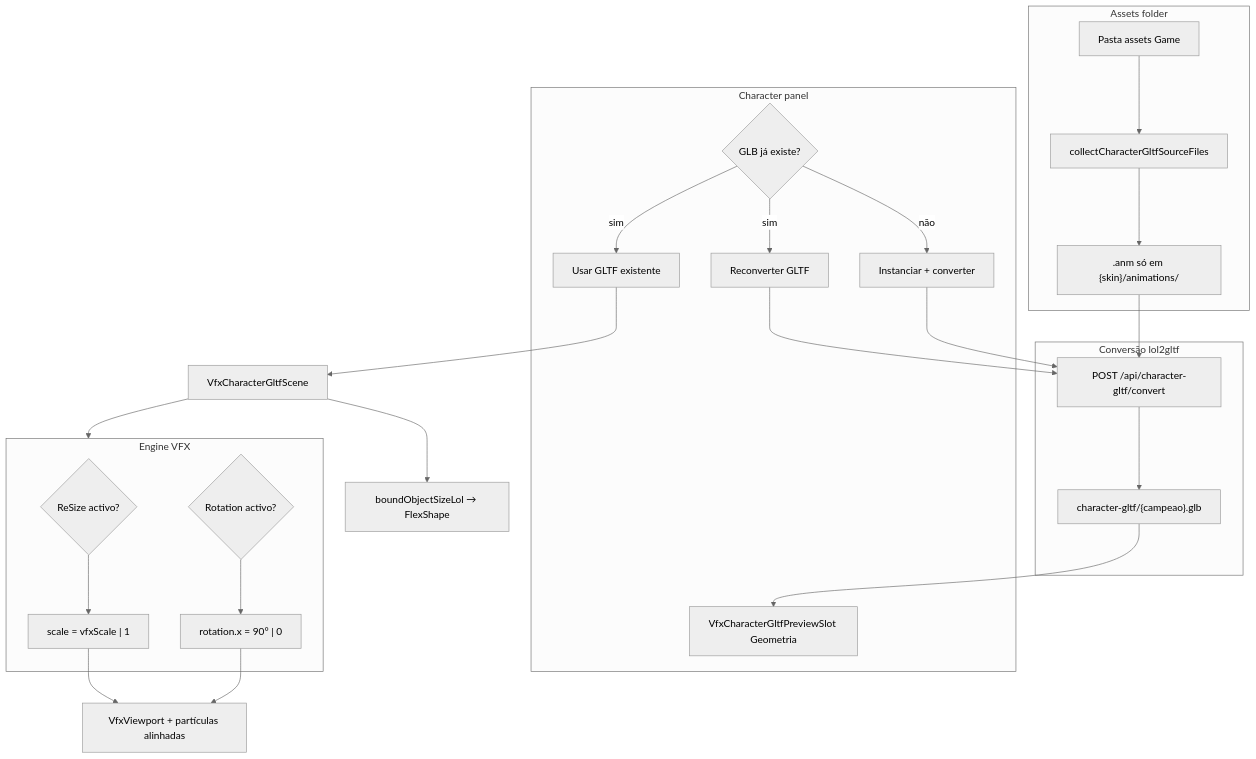
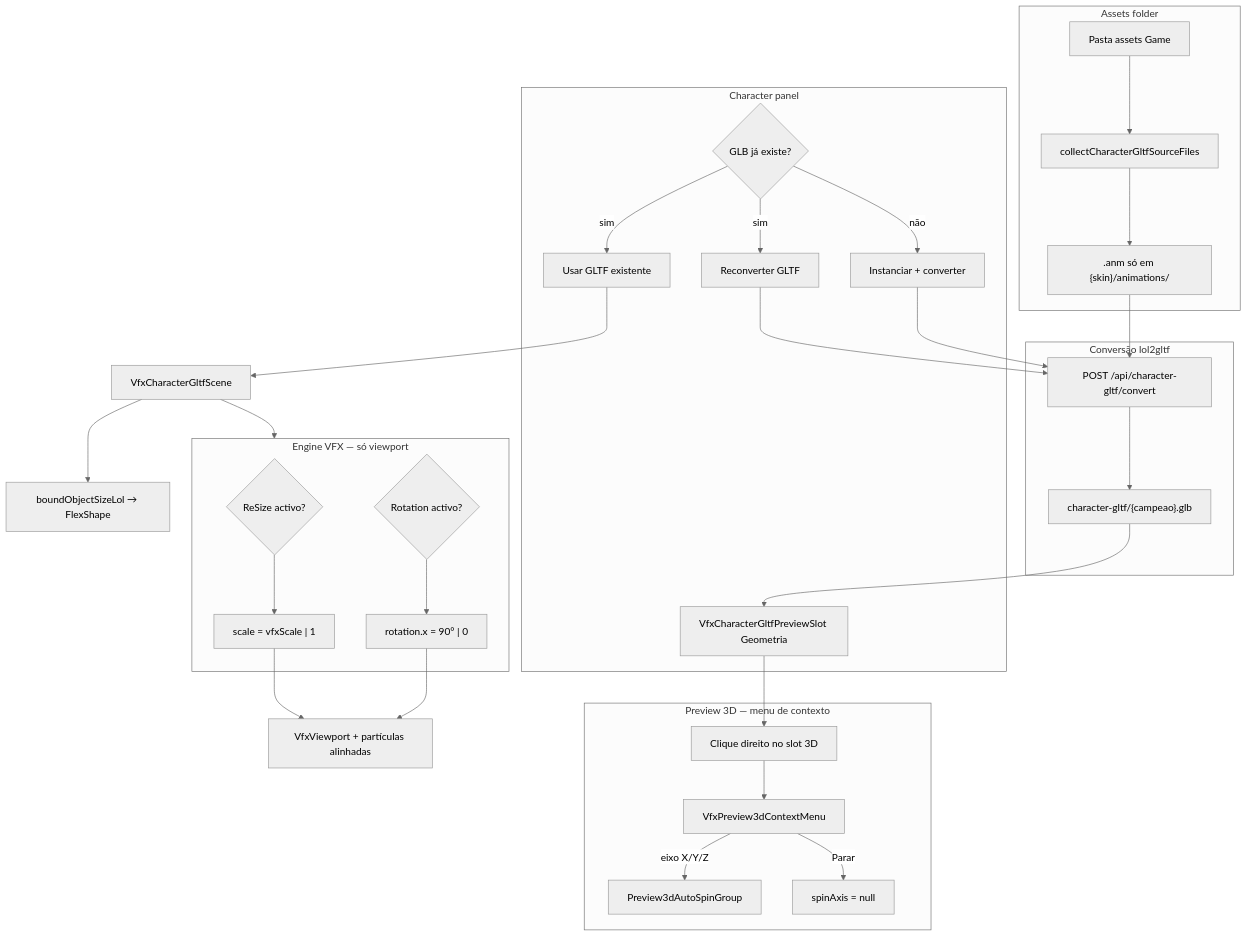
The first of 2 diagrams in feature_md/feature/feature-vfx-character-gltf-engine.md (JunioCesar96/Node-Graphs-League-of-Legends), drawn with Mermaid (neutral theme) before and after one commit. The commit also changed other lines of this file and 14 other files, not shown here.

Commit message:
feat(vfx): add 3D preview context menu with axis spin and update character docs.

````diff
--- a/feature_md/feature/feature-vfx-character-gltf-engine.md
+++ b/feature_md/feature/feature-vfx-character-gltf-engine.md
@@ -33,44 +33,54 @@
 ```mermaid
 flowchart TD
   subgraph assets [Assets folder]
     Pick[Pasta assets Game]
     Collect[collectCharacterGltfSourceFiles]
     AnimsOnly[".anm só em {skin}/animations/"]
     Pick --> Collect --> AnimsOnly
   end
 
   subgraph convert [Conversão lol2gltf]
     API["POST /api/character-gltf/convert"]
     GLB["character-gltf/{campeao}.glb"]
     AnimsOnly --> API --> GLB
   end
 
   subgraph panel [Character panel]
     Preview[VfxCharacterGltfPreviewSlot Geometria]
     Inst{GLB já existe?}
     UseExist[Usar GLTF existente]
     Reconvert[Reconverter GLTF]
     NewConv[Instanciar + converter]
     Inst -->|sim| UseExist
     Inst -->|sim| Reconvert
     Inst -->|não| NewConv
   end
 
-  subgraph engine [Engine VFX]
+  subgraph preview3d [Preview 3D — menu de contexto]
+    RMB[Clique direito no slot 3D]
+    Menu[VfxPreview3dContextMenu]
+    Spin[Preview3dAutoSpinGroup]
+    RMB --> Menu
+    Menu -->|eixo X/Y/Z| Spin
+    Menu -->|Parar| Stop[spinAxis = null]
+  end
+
+  subgraph engine [Engine VFX — só viewport]
     ResizeOn{ReSize activo?}
     RotOn{Rotation activo?}
     Scale["scale = vfxScale | 1"]
     Rot["rotation.x = 90° | 0"]
     ResizeOn --> Scale
     RotOn --> Rot
   end
 
   GLB --> Preview
+  Preview --> RMB
   UseExist --> Scene[VfxCharacterGltfScene]
   Reconvert --> API
   NewConv --> API
   Scene --> engine
   Scale --> Viewport[VfxViewport + partículas alinhadas]
   Rot --> Viewport
   Scene --> Bound[boundObjectSizeLol → FlexShape]
 ```
````
